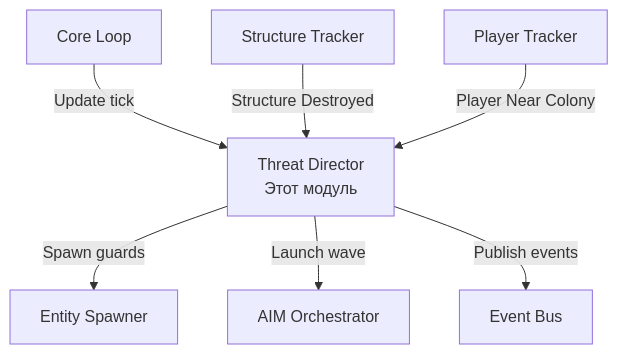
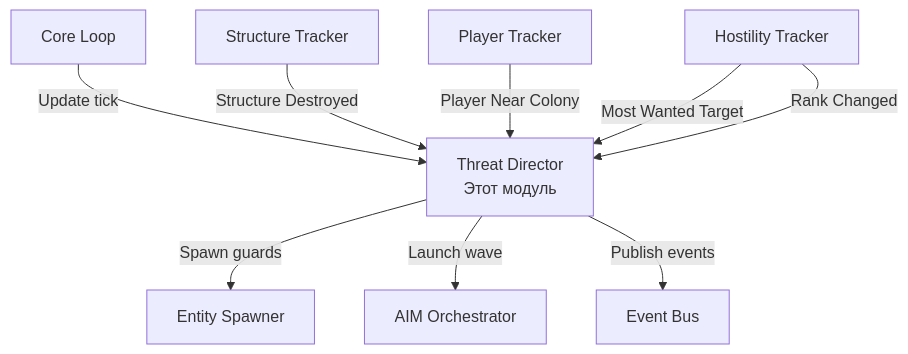
The diagram in docs/architecture/modules/Module_10_Threat_Director.md (Gexon/GalacticExpansion), drawn with Mermaid before and after one commit. The commit also changed other lines of this file and 7 other files, not shown here.

````diff
--- a/docs/architecture/modules/Module_10_Threat_Director.md
+++ b/docs/architecture/modules/Module_10_Threat_Director.md
@@ -21,20 +21,23 @@
 ```mermaid
 graph TB
     CoreLoop[Core Loop]
     StructureTracker[Structure Tracker]
     PlayerTracker[Player Tracker]
+    HostilityTracker[Hostility Tracker]
     
     ThreatDirector[Threat Director<br/>Этот модуль]
     
     EntitySpawner[Entity Spawner]
     AIMOrchestrator[AIM Orchestrator]
     EventBus[Event Bus]
     
     CoreLoop -->|Update tick| ThreatDirector
     StructureTracker -->|Structure Destroyed| ThreatDirector
     PlayerTracker -->|Player Near Colony| ThreatDirector
+    HostilityTracker -->|Most Wanted Target| ThreatDirector
+    HostilityTracker -->|Rank Changed| ThreatDirector
     
     ThreatDirector -->|Spawn guards| EntitySpawner
     ThreatDirector -->|Launch wave| AIMOrchestrator
     ThreatDirector -->|Publish events| EventBus
 ```
````
